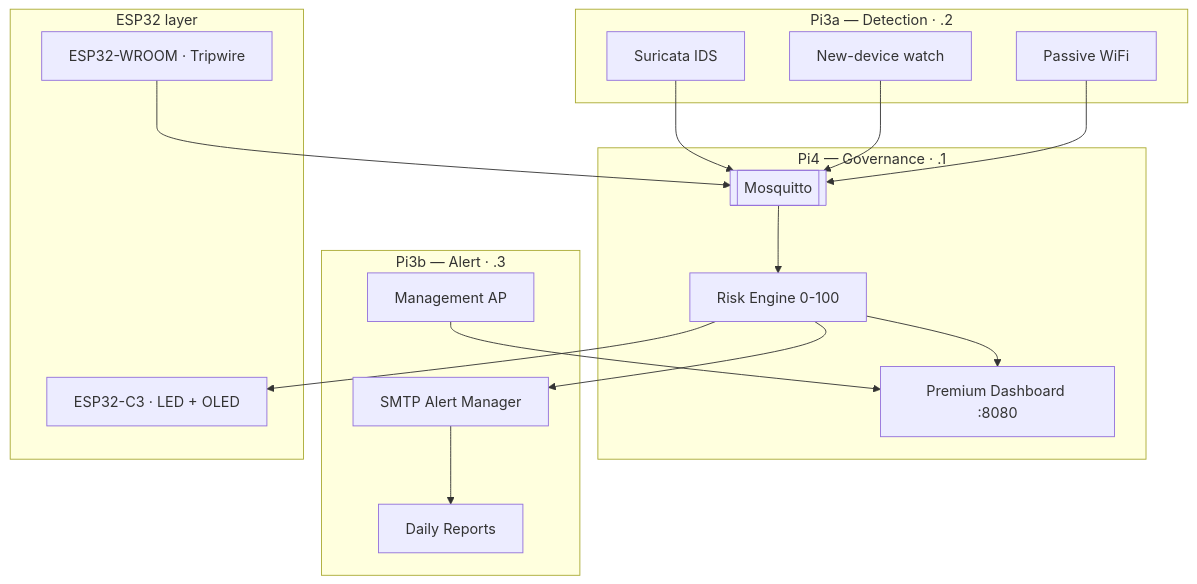
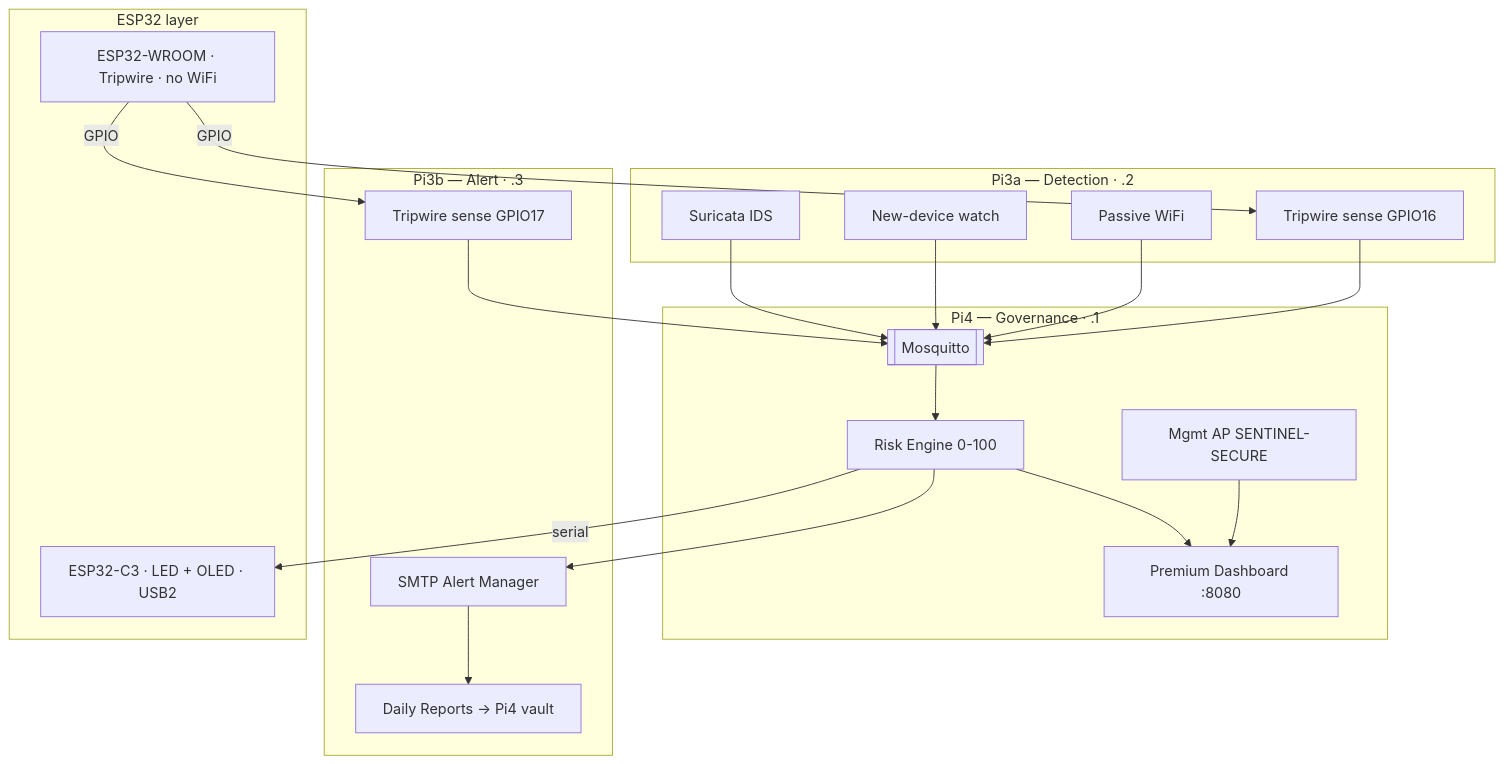
One commit to ADITYA02NM/ULTRON changed the diagram in README.md. Above: the diagram before and after it, drawn with Mermaid. The commit also changed other lines of this file and 3 other files, not shown here.

````diff
--- a/README.md
+++ b/README.md
@@ -87,36 +87,41 @@
 ```mermaid
 flowchart TB
   subgraph DET["Pi3a — Detection · .2"]
     SUR[Suricata IDS]
     LAN[New-device watch]
     WIFI[Passive WiFi]
+    TA[Tripwire sense GPIO16]
   end
 
   subgraph GOV["Pi4 — Governance · .1"]
     MQTT[[Mosquitto]]
     RISK[Risk Engine 0-100]
     DASH["Premium Dashboard :8080"]
+    AP["Mgmt AP SENTINEL-SECURE"]
   end
 
   subgraph ALRT["Pi3b — Alert · .3"]
     MAIL[SMTP Alert Manager]
-    RPT[Daily Reports]
-    AP[Management AP]
+    RPT[Daily Reports → Pi4 vault]
+    TB[Tripwire sense GPIO17]
   end
 
   subgraph EDGE["ESP32 layer"]
-    C3[ESP32-C3 · LED + OLED]
-    WROOM[ESP32-WROOM · Tripwire]
+    C3[ESP32-C3 · LED + OLED · USB2]
+    WROOM[ESP32-WROOM · Tripwire · no WiFi]
   end
 
   SUR --> MQTT
   LAN --> MQTT
   WIFI --> MQTT
-  WROOM --> MQTT
+  TA --> MQTT
+  TB --> MQTT
+  WROOM -->|GPIO| TA
+  WROOM -->|GPIO| TB
   MQTT --> RISK
   RISK --> DASH
-  RISK --> C3
+  RISK -->|serial| C3
   RISK --> MAIL
   MAIL --> RPT
   AP --> DASH
 ```
````
